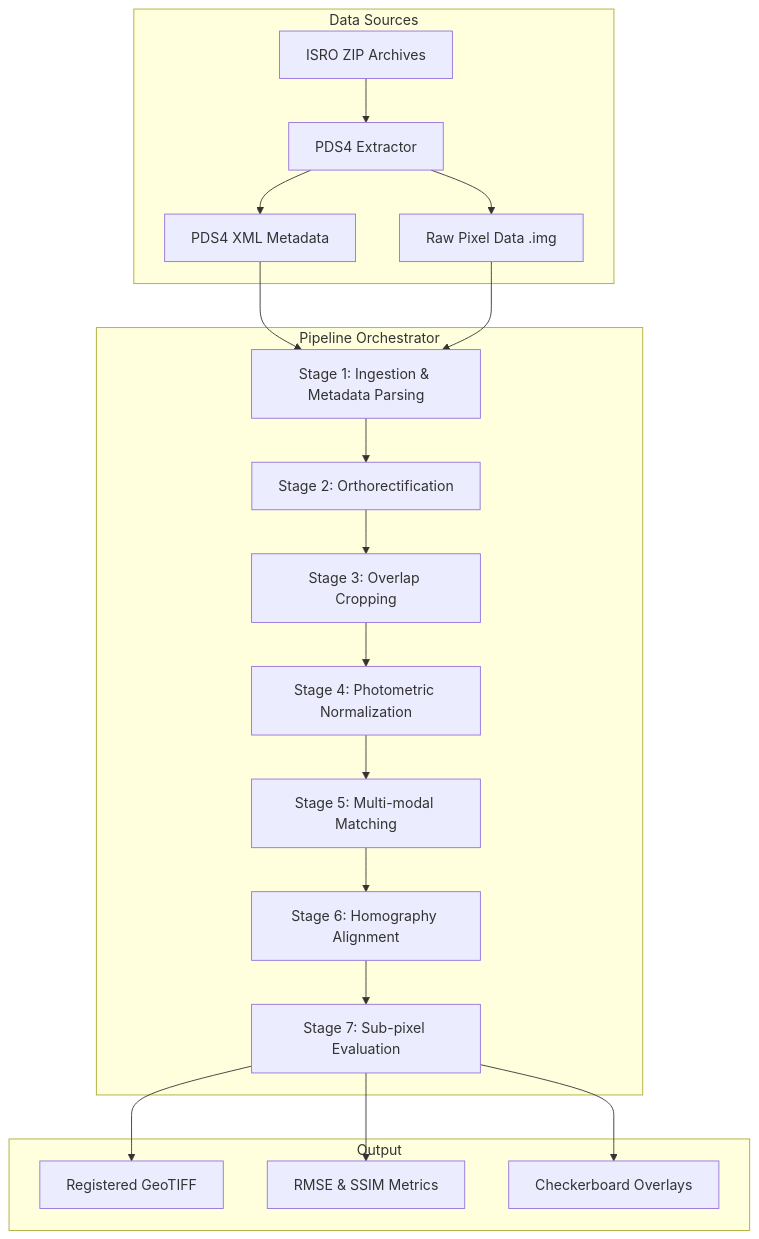
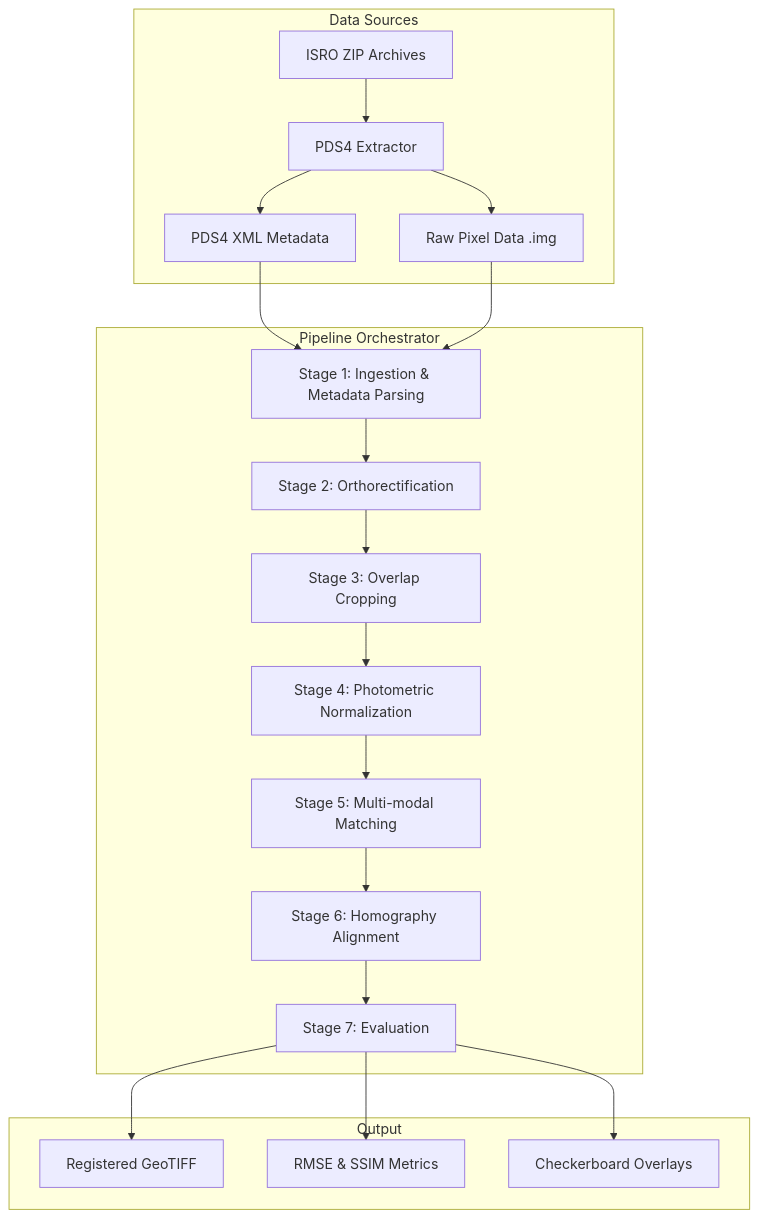
Before and after one commit to anshulec23-cloud/isro-chandrayaan: the diagram in docs/ARCHITECTURE.md, drawn with Mermaid. The commit also changed other lines of this file and 32 other files, not shown here.

````diff
--- a/docs/ARCHITECTURE.md
+++ b/docs/ARCHITECTURE.md
@@ -7,33 +7,33 @@
 ```mermaid
 graph TD
     subgraph Data Sources
         RawZip[ISRO ZIP Archives] --> Extractor[PDS4 Extractor]
         Extractor --> XML[PDS4 XML Metadata]
         Extractor --> IMG[Raw Pixel Data .img]
     end
 
     subgraph Pipeline Orchestrator
         S1[Stage 1: Ingestion & Metadata Parsing]
         S2[Stage 2: Orthorectification]
         S3[Stage 3: Overlap Cropping]
         S4[Stage 4: Photometric Normalization]
         S5[Stage 5: Multi-modal Matching]
         S6[Stage 6: Homography Alignment]
-        S7[Stage 7: Sub-pixel Evaluation]
+        S7[Stage 7: Evaluation]
     end
 
     XML --> S1
     IMG --> S1
     S1 --> S2
     S2 --> S3
     S3 --> S4
     S4 --> S5
     S5 --> S6
     S6 --> S7
 
     subgraph Output
         S7 --> GeoTIFF[Registered GeoTIFF]
         S7 --> Metrics[RMSE & SSIM Metrics]
         S7 --> Visual[Checkerboard Overlays]
     end
 ```
````
